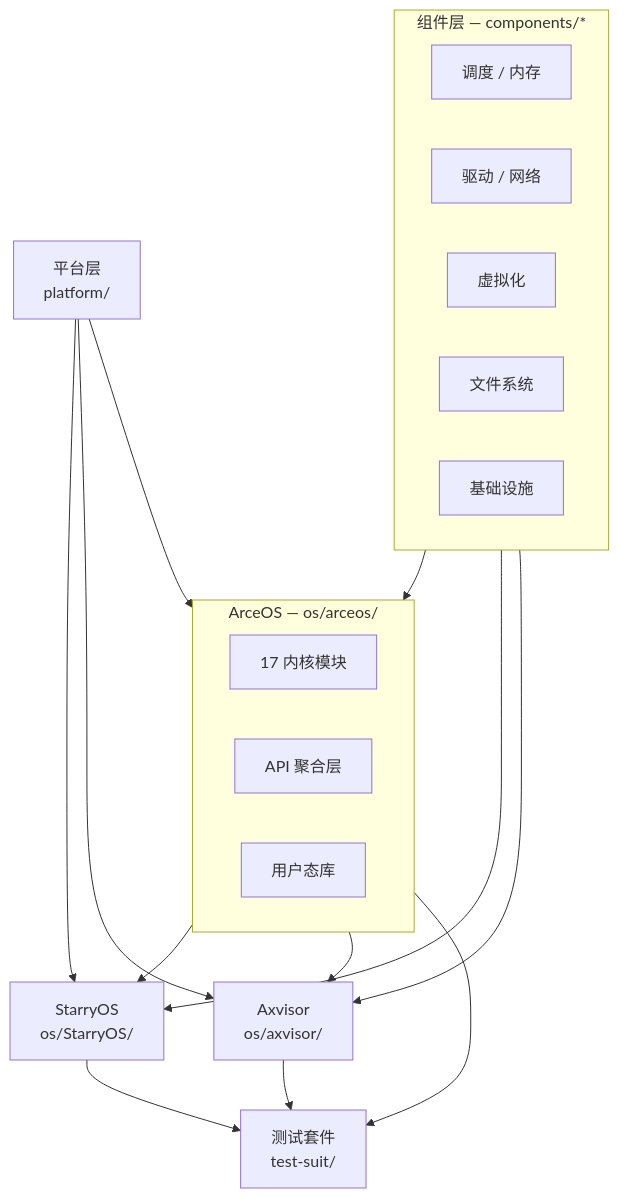
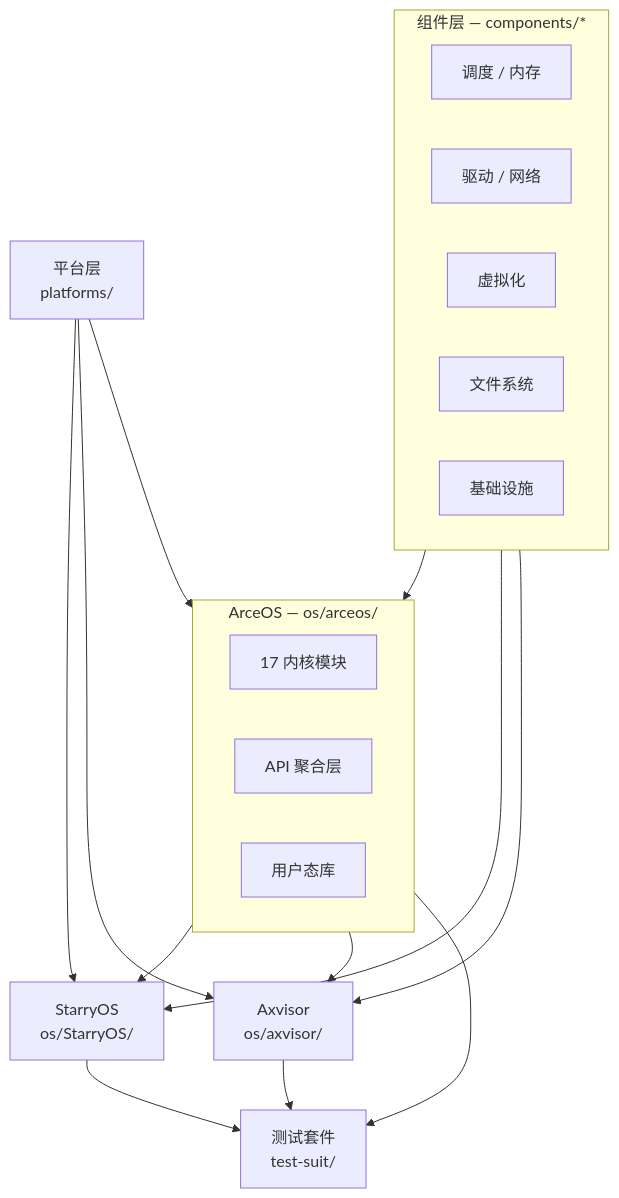
Before and after one commit to rcore-os/tgoskits: the first of 5 diagrams in docs/docs/introduction/overview.md, drawn with Mermaid. The commit also changed other lines of this file and 349 other files, not shown here.

First line of the commit message:
Implement platform-specific interrupt handling and setup for various architectures

````diff
--- a/docs/docs/introduction/overview.md
+++ b/docs/docs/introduction/overview.md
@@ -27,34 +27,34 @@
 ```mermaid
 flowchart TD
     subgraph components["组件层 — components/*"]
         direction LR
         sched["调度 / 内存"]
         driver["驱动 / 网络"]
         virt["虚拟化"]
         fs["文件系统"]
         infra["基础设施"]
     end
 
     subgraph arceos["ArceOS — os/arceos/"]
         modules["17 内核模块"]
         api["API 聚合层"]
         ulib["用户态库"]
     end
 
     starry["StarryOS<br/>os/StarryOS/"]
     axvisor["Axvisor<br/>os/axvisor/"]
-    platform["平台层<br/>platform/"]
+    platform["平台层<br/>platforms/"]
     tests["测试套件<br/>test-suit/"]
 
     components --> arceos
     components --> starry
     components --> axvisor
     arceos --> starry
     arceos --> axvisor
     platform --> arceos
     platform --> starry
     platform --> axvisor
     arceos --> tests
     starry --> tests
     axvisor --> tests
 ```
````
